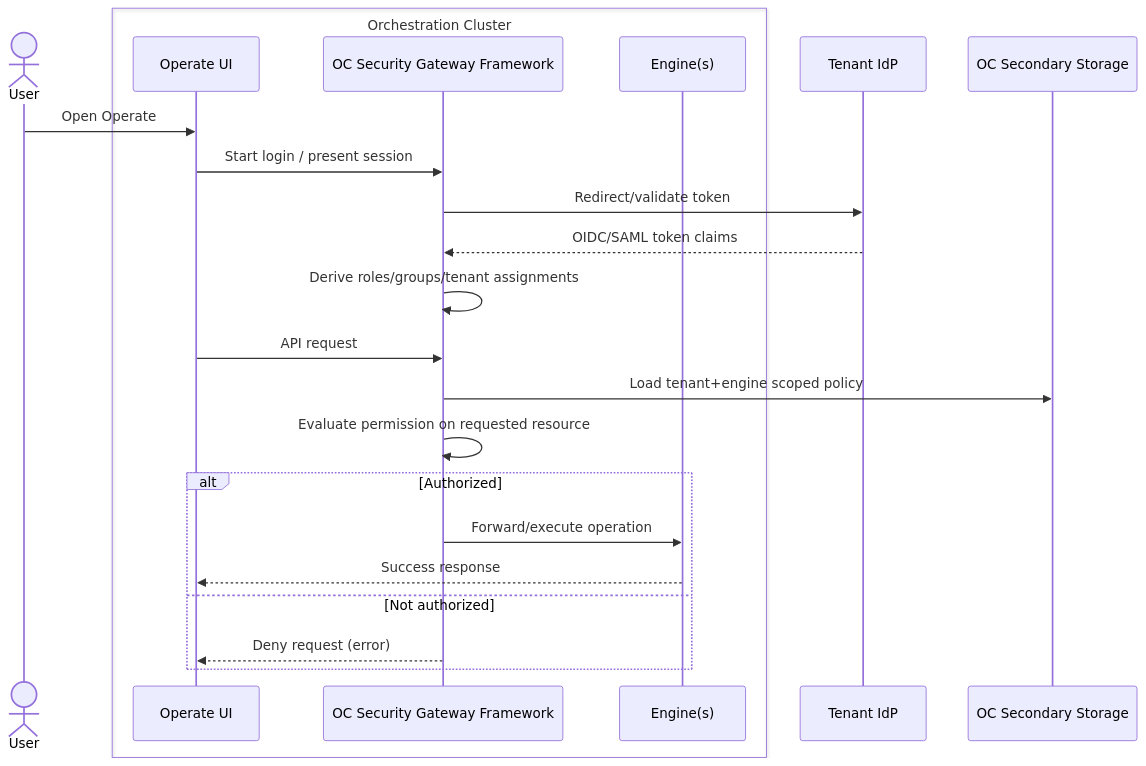
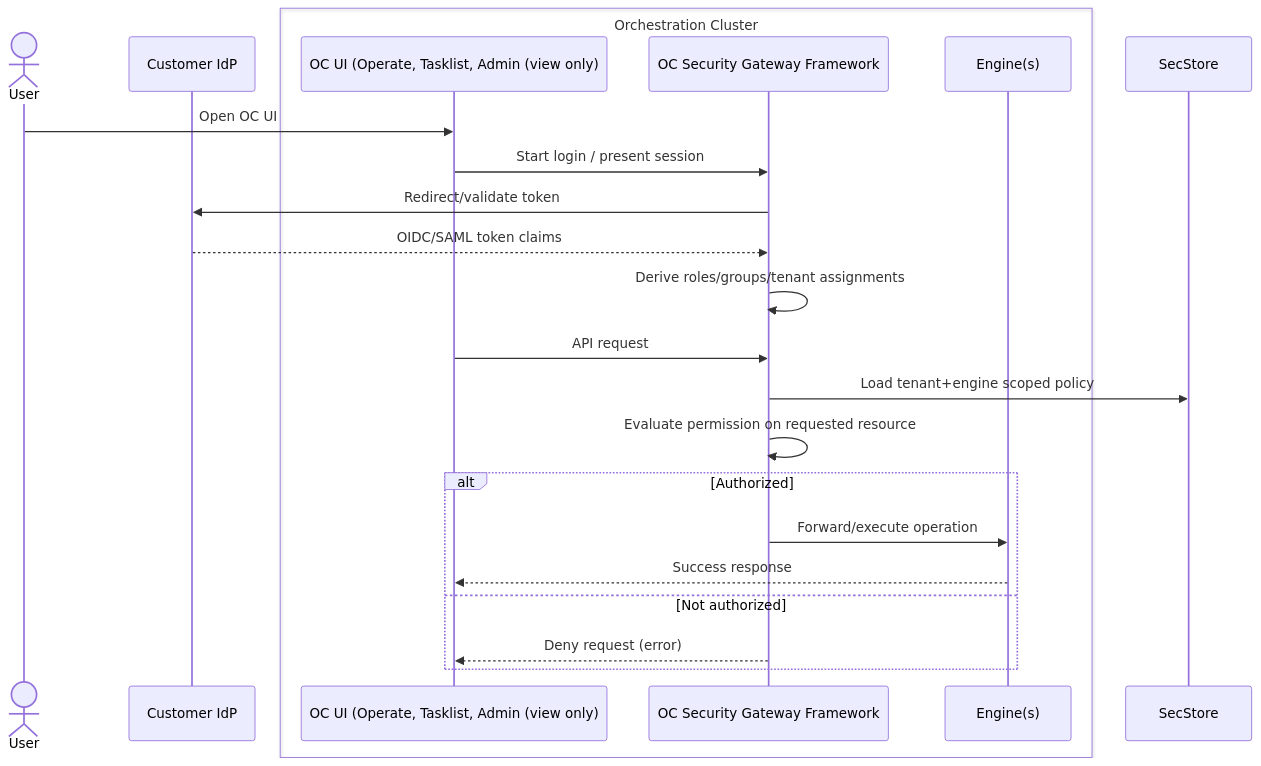
Before and after one commit to camunda/camunda-security-library: diagram 17 of 22 in docs/architecture_docs.md, drawn with Mermaid. The commit also changed other lines of this file, not shown here.

First line of the commit message:
docs: Refined architecture doc:

````diff
--- a/docs/architecture_docs.md
+++ b/docs/architecture_docs.md
@@ -1513,27 +1590,26 @@
 ```mermaid
 sequenceDiagram
   actor User
+  participant IdP as Customer IdP
   box Orchestration Cluster
-    participant Operate as Operate UI
+    participant OcUi as OC UI (Operate, Tasklist, Admin (view only)
     participant OCSGF as OC Security Gateway Framework
     participant Engine as Engine(s)
   end
-  participant IdP as Tenant IdP
-  participant SecStore as OC Secondary Storage
 
-  User->>Operate: Open Operate
-  Operate->>OCSGF: Start login / present session
+  User->>OcUi: Open OC UI
+  OcUi->>OCSGF: Start login / present session
   OCSGF->>IdP: Redirect/validate token
   IdP-->>OCSGF: OIDC/SAML token claims
   OCSGF->>OCSGF: Derive roles/groups/tenant assignments
 
-  Operate->>OCSGF: API request
+  OcUi->>OCSGF: API request
   OCSGF->>SecStore: Load tenant+engine scoped policy
   OCSGF->>OCSGF: Evaluate permission on requested resource
   alt Authorized
     OCSGF->>Engine: Forward/execute operation
-    Engine-->>Operate: Success response
+    Engine-->>OcUi: Success response
   else Not authorized
-    OCSGF-->>Operate: Deny request (error)
+    OCSGF-->>OcUi: Deny request (error)
   end
 ```
````
